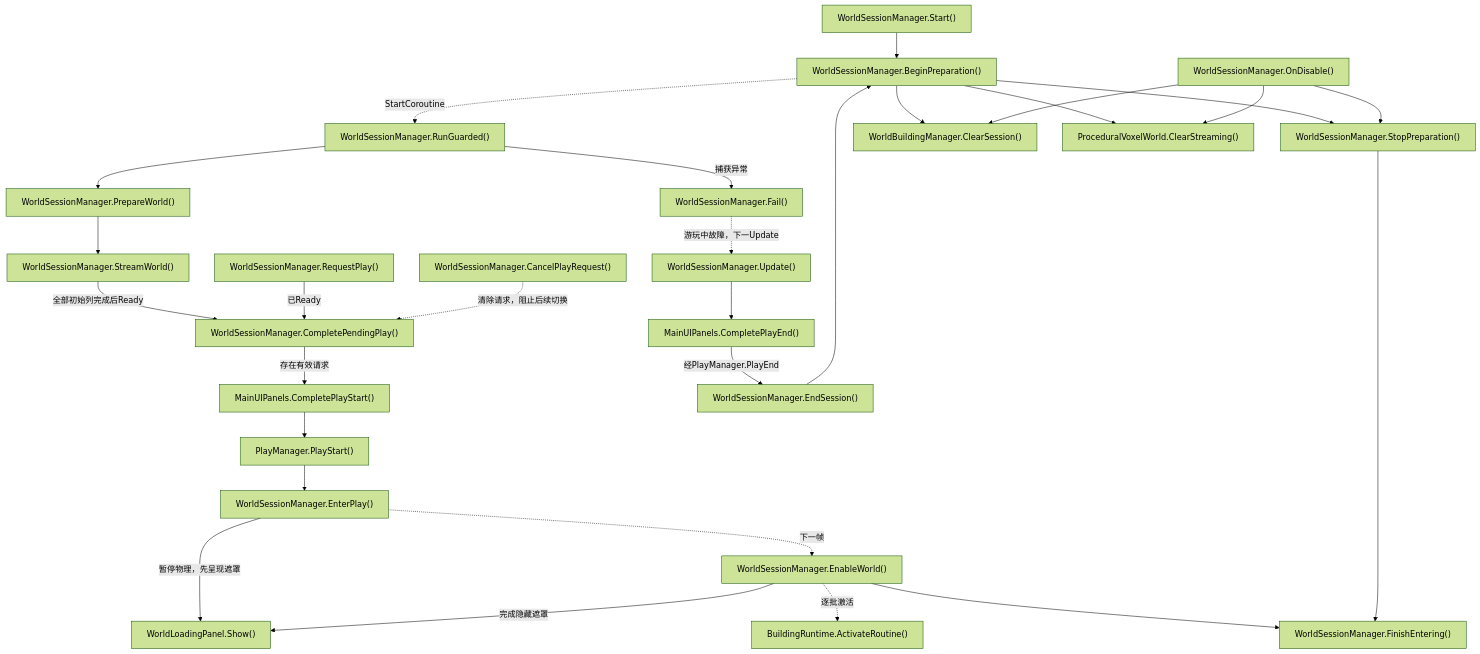
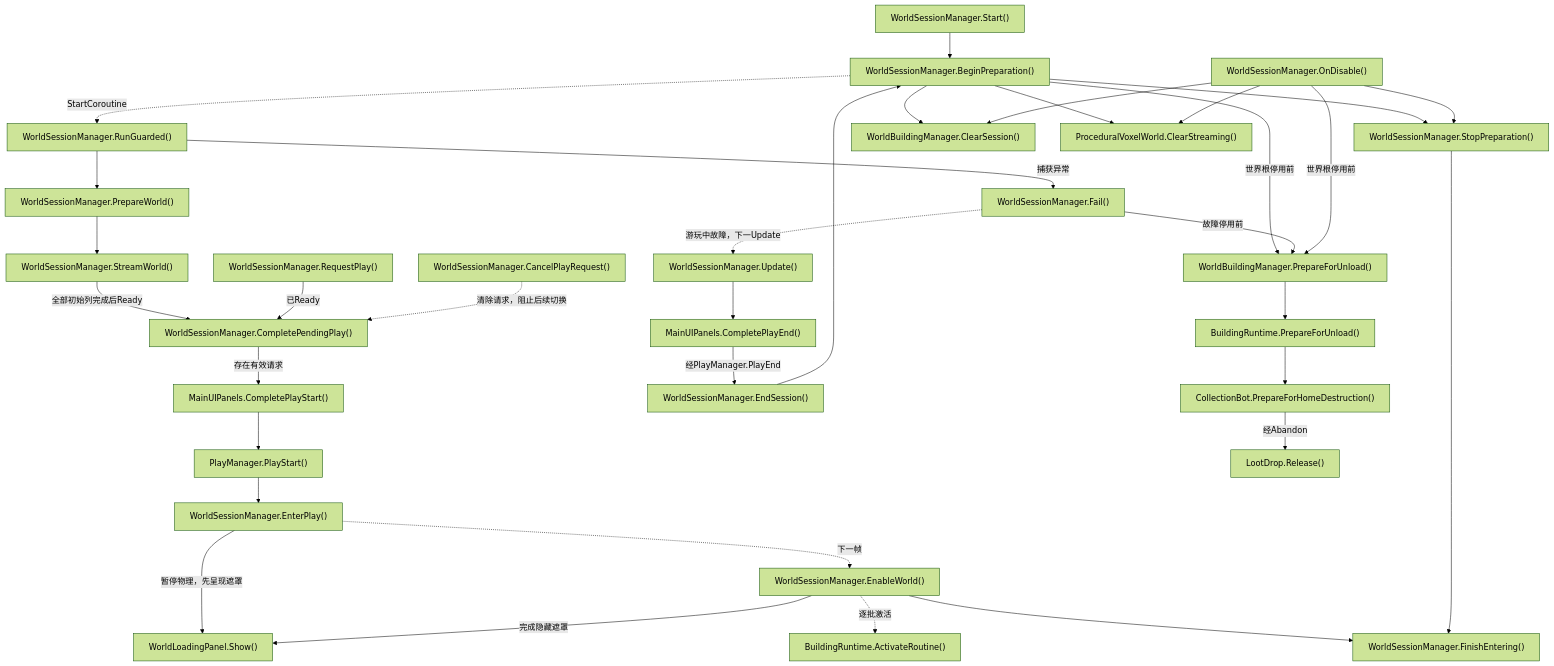
Before and after one commit to kukudia/HY-Sandbox: diagram 12 of 23 in Docs/RuntimeFlow.md, drawn with Mermaid (forest theme). The commit also changed other lines of this file and 13 other files, not shown here.

First line of the commit message:
fix: release carried building loot before streaming deactivation

```diff
--- a/Docs/RuntimeFlow.md
+++ b/Docs/RuntimeFlow.md
@@ -1173,51 +1173,65 @@
     B["WorldSessionManager.BeginPreparation()"]
     click B "../Assets/Scripts/Features/World/WorldSessionManager.cs#L82" "打开源码"
     C["WorldSessionManager.StopPreparation()"]
-    click C "../Assets/Scripts/Features/World/WorldSessionManager.cs#L474" "打开源码"
+    click C "../Assets/Scripts/Features/World/WorldSessionManager.cs#L475" "打开源码"
     D["WorldSessionManager.RunGuarded()"]
-    click D "../Assets/Scripts/Features/World/WorldSessionManager.cs#L305" "打开源码"
+    click D "../Assets/Scripts/Features/World/WorldSessionManager.cs#L306" "打开源码"
     E["WorldSessionManager.StreamWorld()"]
-    click E "../Assets/Scripts/Features/World/WorldSessionManager.cs#L336" "打开源码"
+    click E "../Assets/Scripts/Features/World/WorldSessionManager.cs#L337" "打开源码"
     F["WorldSessionManager.CompletePendingPlay()"]
-    click F "../Assets/Scripts/Features/World/WorldSessionManager.cs#L191" "打开源码"
+    click F "../Assets/Scripts/Features/World/WorldSessionManager.cs#L192" "打开源码"
     G["WorldSessionManager.RequestPlay()"]
-    click G "../Assets/Scripts/Features/World/WorldSessionManager.cs#L168" "打开源码"
+    click G "../Assets/Scripts/Features/World/WorldSessionManager.cs#L169" "打开源码"
     H["WorldSessionManager.CancelPlayRequest()"]
-    click H "../Assets/Scripts/Features/World/WorldSessionManager.cs#L185" "打开源码"
+    click H "../Assets/Scripts/Features/World/WorldSessionManager.cs#L186" "打开源码"
     I["MainUIPanels.CompletePlayStart()"]
     click I "../Assets/Scripts/Features/Presentation/MainUIPanels.cs#L243" "打开源码"
     J["PlayManager.PlayStart()"]
     click J "../Assets/Scripts/Features/Simulation/PlayManager.cs#L88" "打开源码"
     K["WorldSessionManager.EnterPlay()"]
-    click K "../Assets/Scripts/Features/World/WorldSessionManager.cs#L225" "打开源码"
+    click K "../Assets/Scripts/Features/World/WorldSessionManager.cs#L226" "打开源码"
     L["WorldSessionManager.EnableWorld()"]
-    click L "../Assets/Scripts/Features/World/WorldSessionManager.cs#L257" "打开源码"
+    click L "../Assets/Scripts/Features/World/WorldSessionManager.cs#L258" "打开源码"
     M["BuildingRuntime.ActivateRoutine()"]
     click M "../Assets/Scripts/Features/World/BuildingRuntime.cs#L92" "打开源码"
     N["WorldSessionManager.EndSession()"]
-    click N "../Assets/Scripts/Features/World/WorldSessionManager.cs#L300" "打开源码"
+    click N "../Assets/Scripts/Features/World/WorldSessionManager.cs#L301" "打开源码"
     O["WorldSessionManager.Fail()"]
-    click O "../Assets/Scripts/Features/World/WorldSessionManager.cs#L506" "打开源码"
+    click O "../Assets/Scripts/Features/World/WorldSessionManager.cs#L507" "打开源码"
     P["WorldSessionManager.Update()"]
-    click P "../Assets/Scripts/Features/World/WorldSessionManager.cs#L409" "打开源码"
+    click P "../Assets/Scripts/Features/World/WorldSessionManager.cs#L410" "打开源码"
     Q["MainUIPanels.CompletePlayEnd()"]
     click Q "../Assets/Scripts/Features/Presentation/MainUIPanels.cs#L273" "打开源码"
     R["WorldSessionManager.OnDisable()"]
-    click R "../Assets/Scripts/Features/World/WorldSessionManager.cs#L518" "打开源码"
+    click R "../Assets/Scripts/Features/World/WorldSessionManager.cs#L520" "打开源码"
     S["WorldBuildingManager.ClearSession()"]
-    click S "../Assets/Scripts/Features/World/WorldBuildingManager.cs#L223" "打开源码"
+    click S "../Assets/Scripts/Features/World/WorldBuildingManager.cs#L235" "打开源码"
     T["ProceduralVoxelWorld.ClearStreaming()"]
     click T "../Assets/Scripts/Features/World/ProceduralVoxelWorld.cs#L332" "打开源码"
     U["WorldSessionManager.PrepareWorld()"]
-    click U "../Assets/Scripts/Features/World/WorldSessionManager.cs#L119" "打开源码"
+    click U "../Assets/Scripts/Features/World/WorldSessionManager.cs#L120" "打开源码"
     V["WorldSessionManager.FinishEntering()"]
-    click V "../Assets/Scripts/Features/World/WorldSessionManager.cs#L291" "打开源码"
+    click V "../Assets/Scripts/Features/World/WorldSessionManager.cs#L292" "打开源码"
     W["WorldLoadingPanel.Show()"]
     click W "../Assets/Scripts/Features/World/WorldLoadingPanel.cs#L39" "打开源码"
+    X["WorldBuildingManager.PrepareForUnload()"]
+    click X "../Assets/Scripts/Features/World/WorldBuildingManager.cs#L224" "打开源码"
+    Y["BuildingRuntime.PrepareForUnload()"]
+    click Y "../Assets/Scripts/Features/World/BuildingRuntime.cs#L135" "打开源码"
+    Z["CollectionBot.PrepareForHomeDestruction()"]
+    click Z "../Assets/Scripts/Features/Bots/CollectionBot.cs#L164" "打开源码"
+    AA["LootDrop.Release()"]
+    click AA "../Assets/Scripts/Features/Salvage/LootDrop.cs#L214" "打开源码"
     A --> B
     B --> C
     B --> S
     B --> T
+    B -->|世界根停用前| X
+    O -->|故障停用前| X
+    R -->|世界根停用前| X
+    X --> Y
+    Y --> Z
+    Z -->|经Abandon| AA
     B -.->|StartCoroutine| D
     D --> U
     U --> E
```
